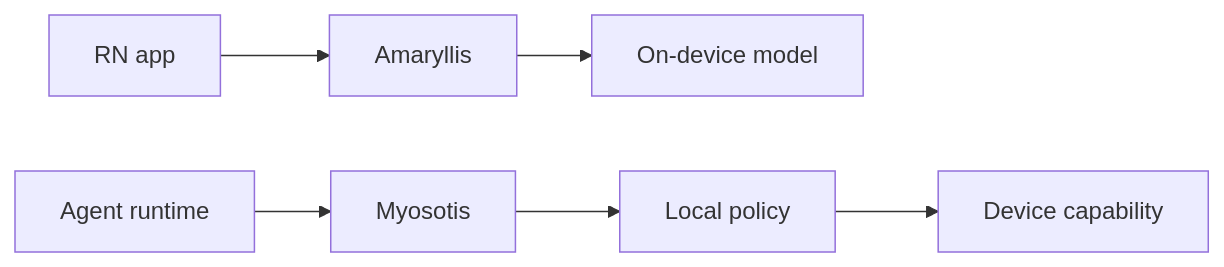
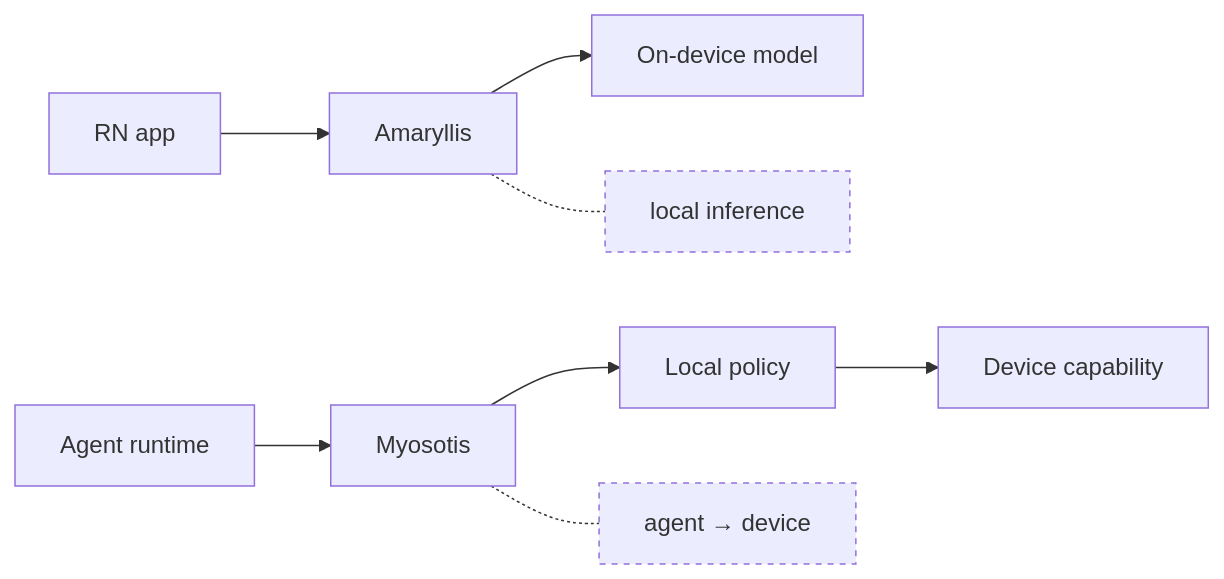
The sixth of 9 diagrams in profile/README.md (hackelia-micrantha/.github), drawn with Mermaid before and after one commit. The commit also changed other lines of this file, not shown here.

Commit message:
docs: add terse Mermaid note labels

````diff
--- a/profile/README.md
+++ b/profile/README.md
@@ -174,5 +192,9 @@
 ```mermaid
 flowchart LR
   RN["RN app"] --> AM["Amaryllis"] --> LM["On-device model"]
   AG["Agent runtime"] --> MY["Myosotis"] --> P["Local policy"] --> C["Device capability"]
+
+  AM -.- AMN["local inference"]:::note
+  MY -.- MYN["agent → device"]:::note
+  classDef note stroke-dasharray: 4 4;
 ```
````
